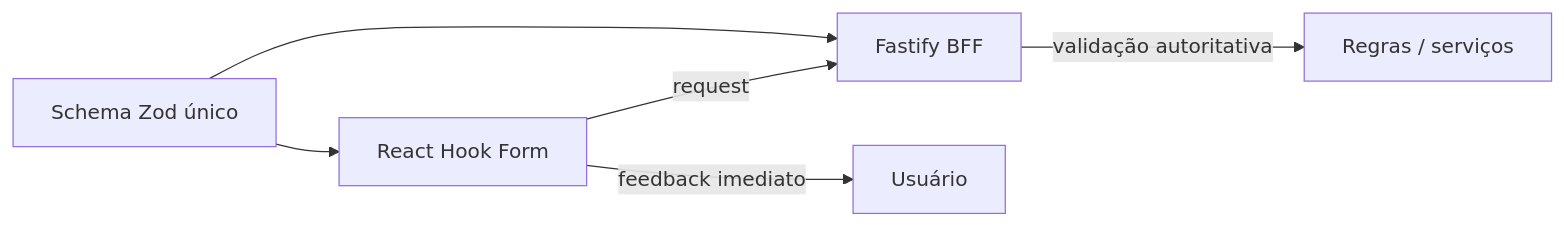
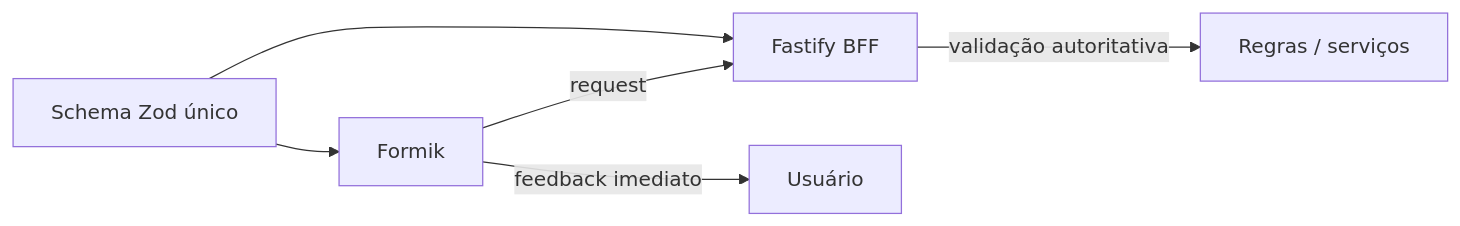
The second of 2 diagrams in README.md (Joseafs/financial-mfe-hub), drawn with Mermaid before and after one commit. The commit also changed other lines of this file, not shown here.

Commit message:
feat: FMH-001 - alinha README com Render, Terraform e Formik

````diff
--- a/README.md
+++ b/README.md
@@ -171,8 +166,8 @@
 ```mermaid
 flowchart LR
-  Contracts["Schema Zod único"] --> Form["React Hook Form"]
+  Contracts["Schema Zod único"] --> Form["Formik"]
   Contracts --> BFF["Fastify BFF"]
   Form -->|"feedback imediato"| User["Usuário"]
   Form -->|"request"| BFF
   BFF -->|"validação autoritativa"| Domain["Regras / serviços"]
 ```
````
